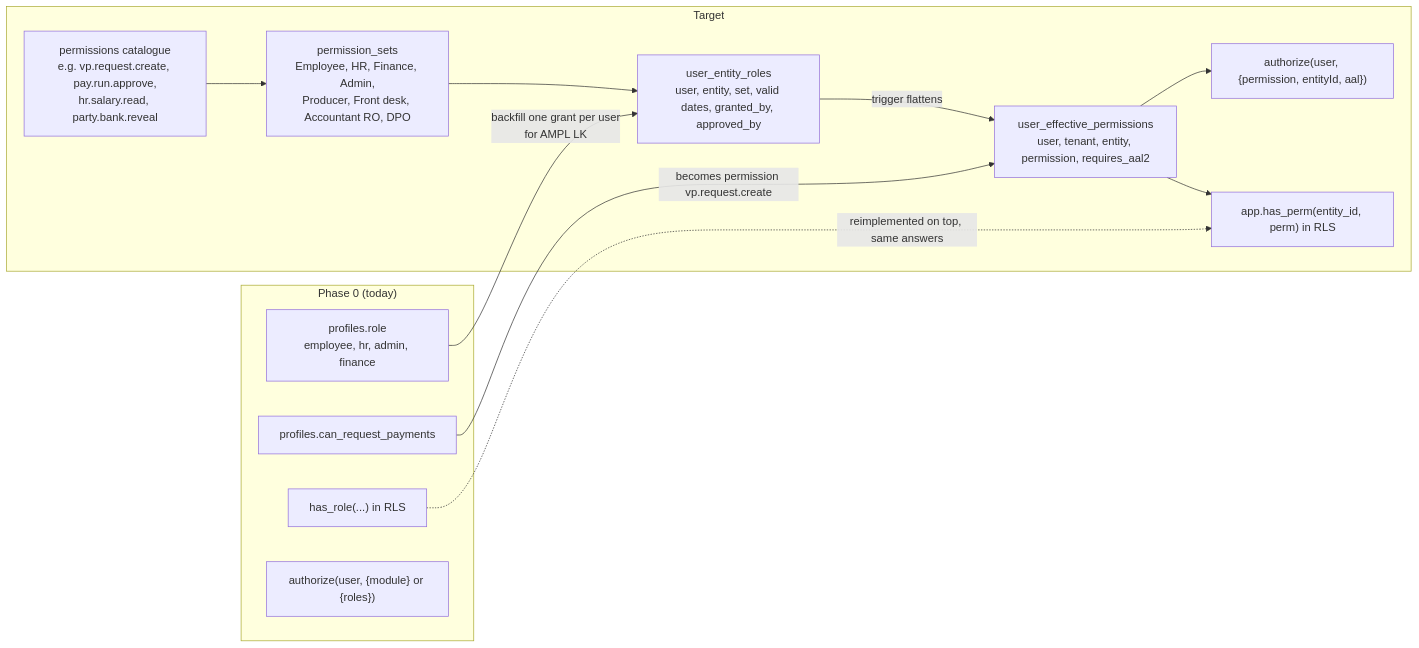
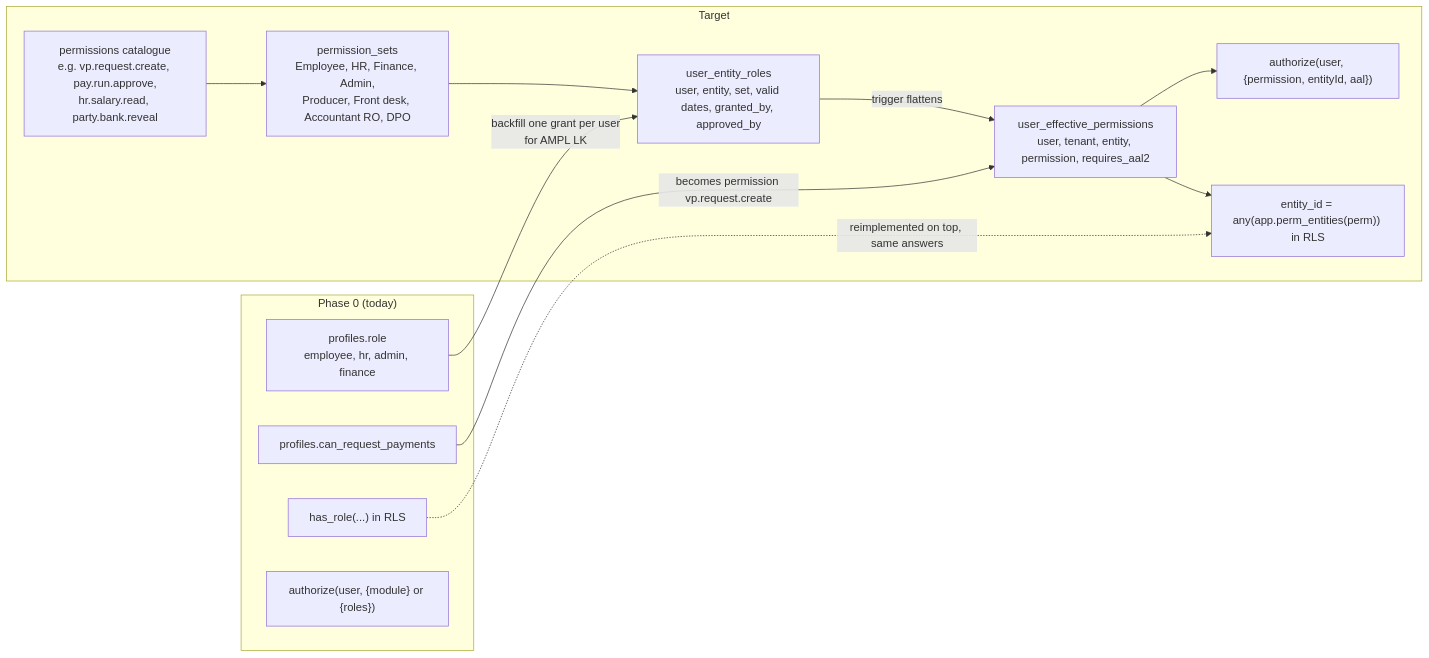
One commit to Thosay97/ChordusAM changed diagram 17 of 17 in docs/discovery/20-solution-design.md. Above: the diagram before and after it, drawn with Mermaid. The commit also changed other lines of this file and 10 other files, not shown here.

````diff
--- a/docs/discovery/20-solution-design.md
+++ b/docs/discovery/20-solution-design.md
@@ -1268,25 +1268,25 @@
 ```mermaid
 flowchart LR
   subgraph P0["Phase 0 (today)"]
     R1["profiles.role<br/>employee, hr, admin, finance"]
     F1["profiles.can_request_payments"]
     H1["has_role(...) in RLS"]
     A1["authorize(user, {module} or {roles})"]
   end
   subgraph T["Target"]
     PS["permission_sets<br/>Employee, HR, Finance, Admin,<br/>Producer, Front desk, Accountant RO, DPO"]
     PI["permissions catalogue<br/>e.g. vp.request.create, pay.run.approve,<br/>hr.salary.read, party.bank.reveal"]
     UER["user_entity_roles<br/>user, entity, set, valid dates, granted_by, approved_by"]
     UEP["user_effective_permissions<br/>user, tenant, entity, permission, requires_aal2"]
-    H2["app.has_perm(entity_id, perm) in RLS"]
+    H2["entity_id = any(app.perm_entities(perm)) in RLS"]
     A2["authorize(user, {permission, entityId, aal})"]
   end
   R1 -->|"backfill one grant per user<br/>for AMPL LK"| UER
   F1 -->|"becomes permission vp.request.create"| UEP
   PS --> UER
   PI --> PS
   UER -->|"trigger flattens"| UEP
   UEP --> H2
   UEP --> A2
   H1 -.->|"reimplemented on top, same answers"| H2
 ```
````
